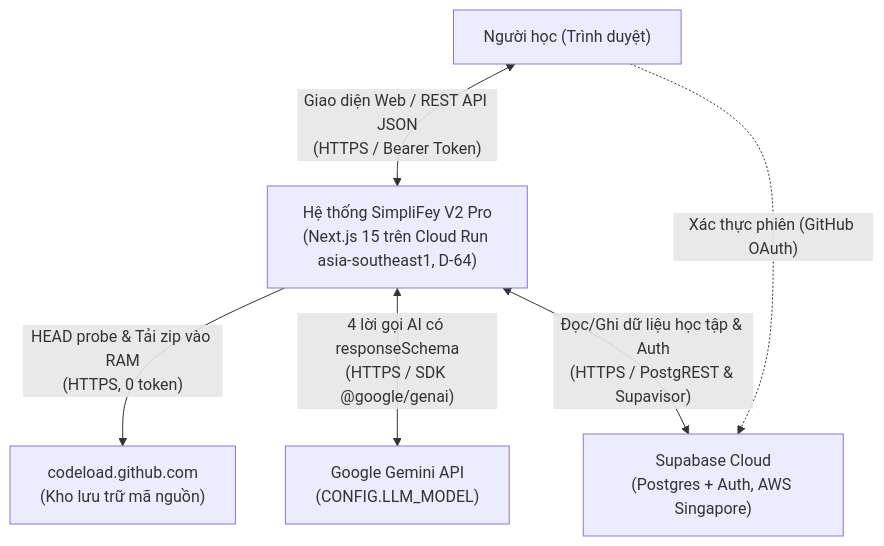
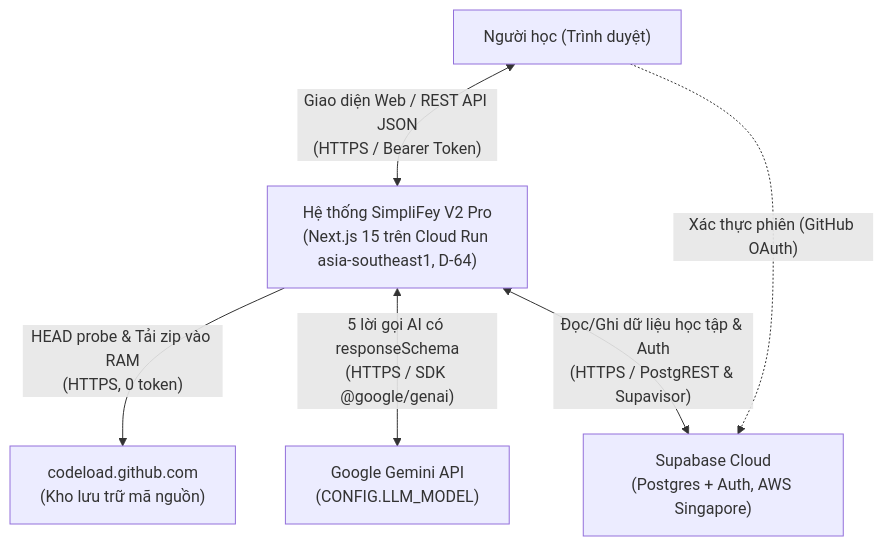
One commit to ThanhThien-coder/demo-HackathonSGU-2026 changed the first of 7 diagrams in docs/spec/04_KIEN_TRUC_TRIEN_KHAI.md. Above: the diagram before and after it, drawn with Mermaid. The commit also changed other lines of this file and 4 other files, not shown here.

````diff
--- a/docs/spec/04_KIEN_TRUC_TRIEN_KHAI.md
+++ b/docs/spec/04_KIEN_TRUC_TRIEN_KHAI.md
@@ -28,14 +28,14 @@
 ```mermaid
 flowchart TD
     User["Người học (Trình duyệt)"]
     System["Hệ thống SimpliFey V2 Pro<br/>(Next.js 15 trên Cloud Run asia-southeast1, D-64)"]
     GH["codeload.github.com<br/>(Kho lưu trữ mã nguồn)"]
     Gemini["Google Gemini API<br/>(CONFIG.LLM_MODEL)"]
     Supabase["Supabase Cloud<br/>(Postgres + Auth, AWS Singapore)"]
 
     User <-- "Giao diện Web / REST API JSON<br/>(HTTPS / Bearer Token)" --> System
     System -- "HEAD probe & Tải zip vào RAM<br/>(HTTPS, 0 token)" --> GH
-    System <-- "4 lời gọi AI có responseSchema<br/>(HTTPS / SDK @google/genai)" --> Gemini
+    System <-- "5 lời gọi AI có responseSchema<br/>(HTTPS / SDK @google/genai)" --> Gemini
     System <-- "Đọc/Ghi dữ liệu học tập & Auth<br/>(HTTPS / PostgREST & Supavisor)" --> Supabase
     User -. "Xác thực phiên (GitHub OAuth)" .-> Supabase
 ```
````
